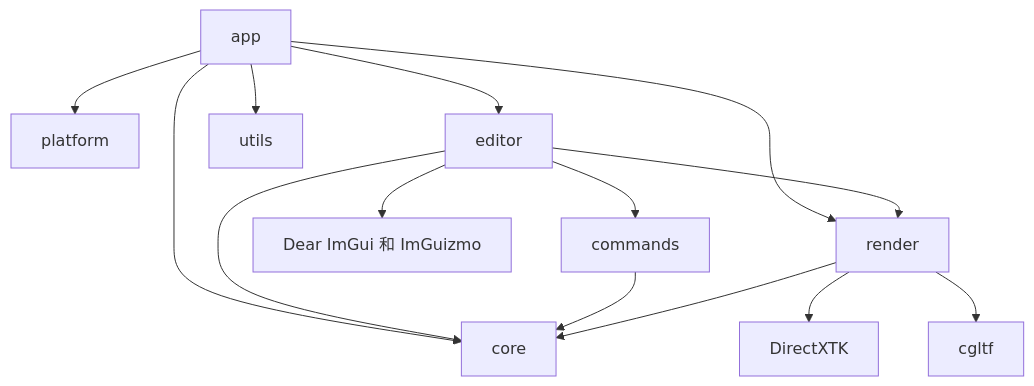
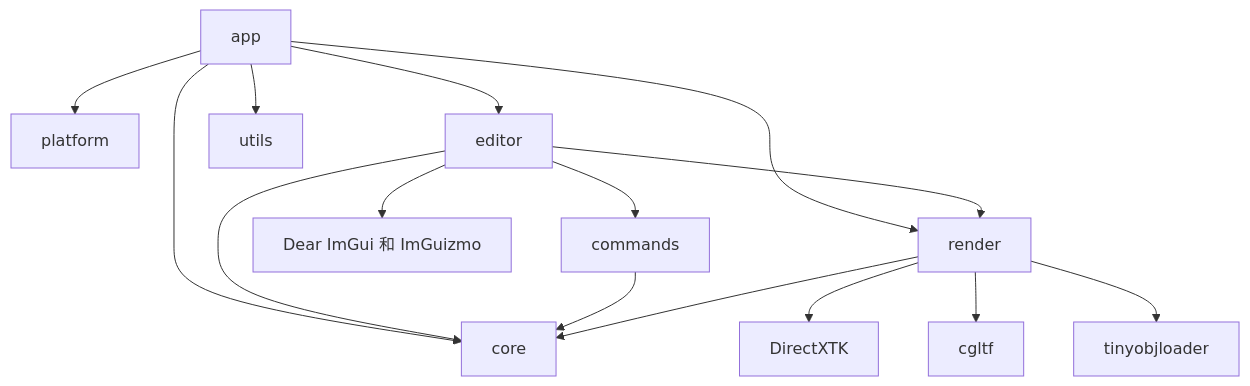
Before and after one commit to ELPSYKONGR/LRenderDemo: the diagram in FILE_INDEX.md, drawn with Mermaid. The commit also changed other lines of this file and 41 other files, not shown here.

````diff
--- a/FILE_INDEX.md
+++ b/FILE_INDEX.md
@@ -67,16 +71,17 @@
 ```mermaid
 graph TD
     App[app] --> Platform[platform]
     App --> Editor[editor]
     App --> Render[render]
     App --> Core[core]
     Editor --> Commands[commands]
     Editor --> Core
     Editor --> Render
     Commands --> Core
     Render --> Core
     Render --> DXTK[DirectXTK]
     Render --> Cgltf[cgltf]
+    Render --> TinyObj[tinyobjloader]
     Editor --> ImGui[Dear ImGui 和 ImGuizmo]
     App --> Utils[utils]
 ```
````
